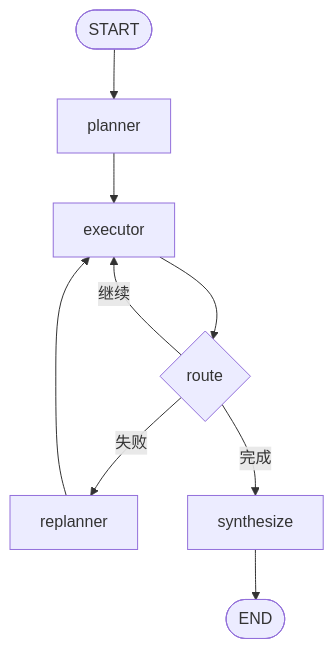
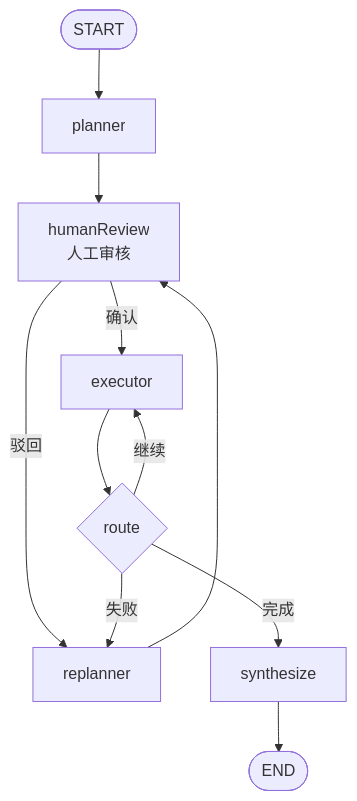
One commit to tclxtommy-hu/tclxtommy-hu.github.io changed the third of 5 diagrams in posts/AI/Agent开发知识/05-规划与任务分解/01-规划与任务分解.md. Above: the diagram before and after it, drawn with Mermaid. The commit also changed other lines of this file and 2 other files, not shown here.

````diff
--- a/posts/AI/Agent开发知识/05-规划与任务分解/01-规划与任务分解.md
+++ b/posts/AI/Agent开发知识/05-规划与任务分解/01-规划与任务分解.md
@@ -177,7 +277,10 @@
 ```mermaid
 flowchart TD
-    S([START]) --> planner --> executor --> route{route}
+    S([START]) --> planner --> humanReview["humanReview<br/>人工审核"]
+    humanReview -->|确认| executor --> route{route}
+    humanReview -->|驳回| replanner
     route -->|继续| executor
-    route -->|失败| replanner --> executor
+    route -->|失败| replanner
     route -->|完成| synthesize --> E([END])
+    replanner --> humanReview
 ```
````
